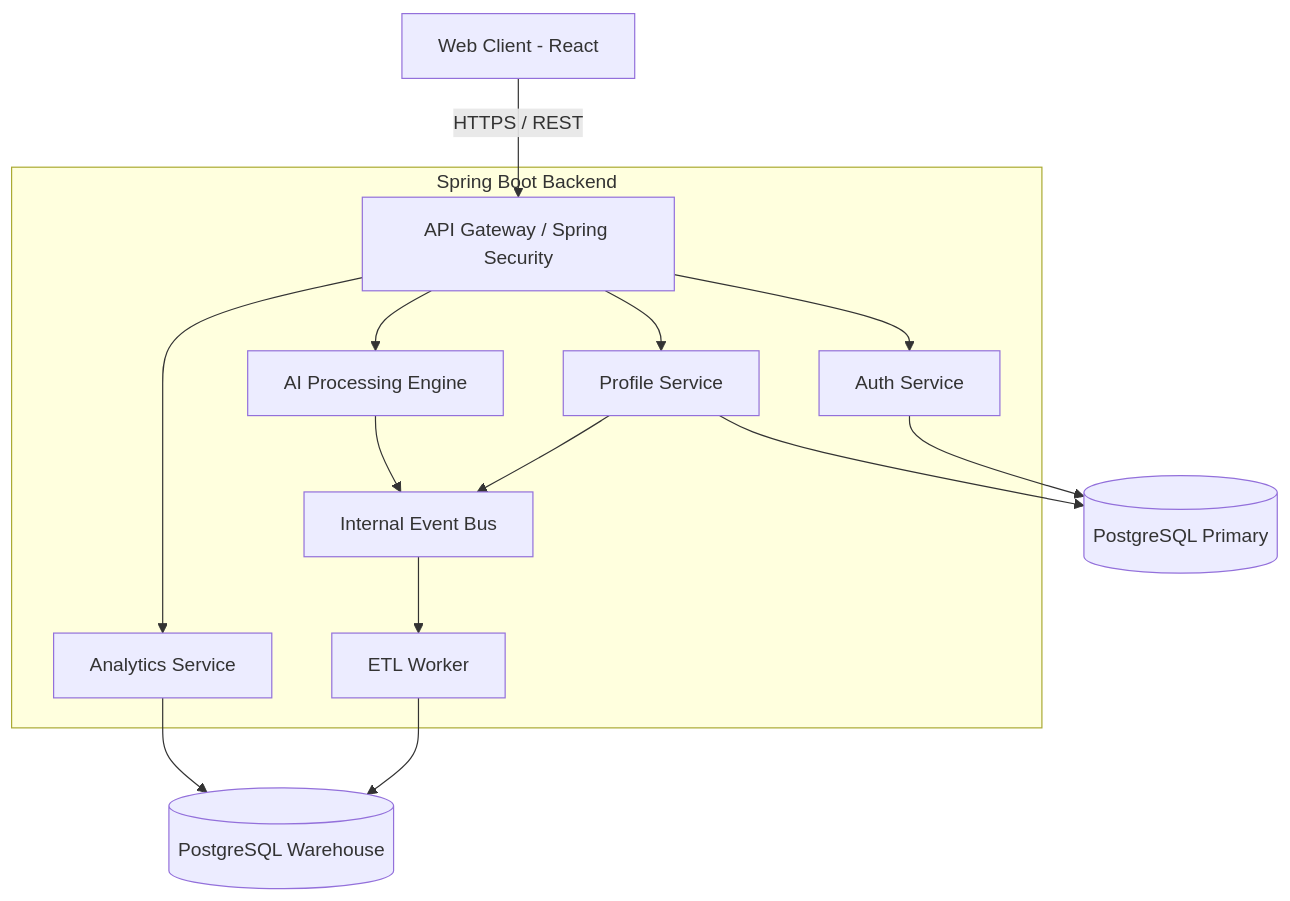
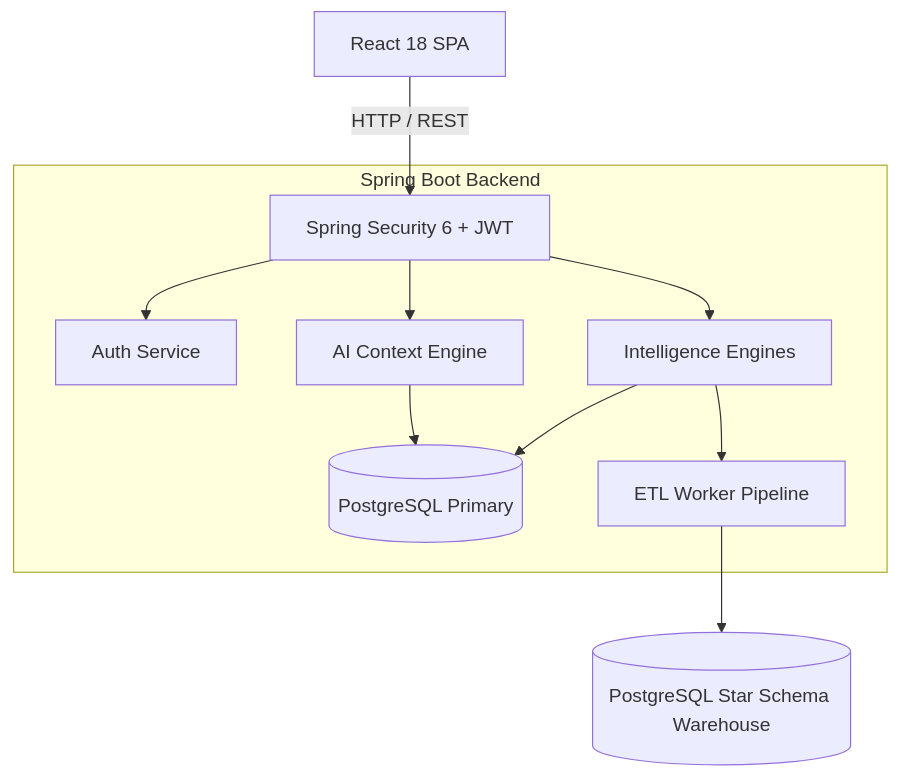
One commit to hindhusharajaram/CareerOS-AI changed the diagram in README.md. Above: the diagram before and after it, drawn with Mermaid. The commit also changed other lines of this file and 48 other files, not shown here.

````diff
--- a/README.md
+++ b/README.md
@@ -68,22 +51,17 @@
 ```mermaid
 graph TD
-    Client[Web Client - React] -->|HTTPS / REST| API[API Gateway / Spring Security]
+    Client[React 18 SPA] -->|HTTP / REST| Security[Spring Security 6 + JWT]
     
     subgraph Spring Boot Backend
-        API --> Auth[Auth Service]
-        API --> Profile[Profile Service]
-        API --> AI[AI Processing Engine]
-        API --> Analytics[Analytics Service]
+        Security --> Auth[Auth Service]
+        Security --> Intell[Intelligence Engines]
+        Security --> AI[AI Context Engine]
         
-        Profile --> EventBus[Internal Event Bus]
-        AI --> EventBus
+        Intell --> CoreDB[(PostgreSQL Primary)]
+        AI --> CoreDB
         
-        EventBus --> ETL[ETL Worker]
+        Intell --> ETL[ETL Worker Pipeline]
     end
     
-    Auth --> DB[(PostgreSQL Primary)]
-    Profile --> DB
-    
-    ETL --> DW[(PostgreSQL Warehouse)]
-    Analytics --> DW
+    ETL --> DW[(PostgreSQL Star Schema Warehouse)]
 ```
````
